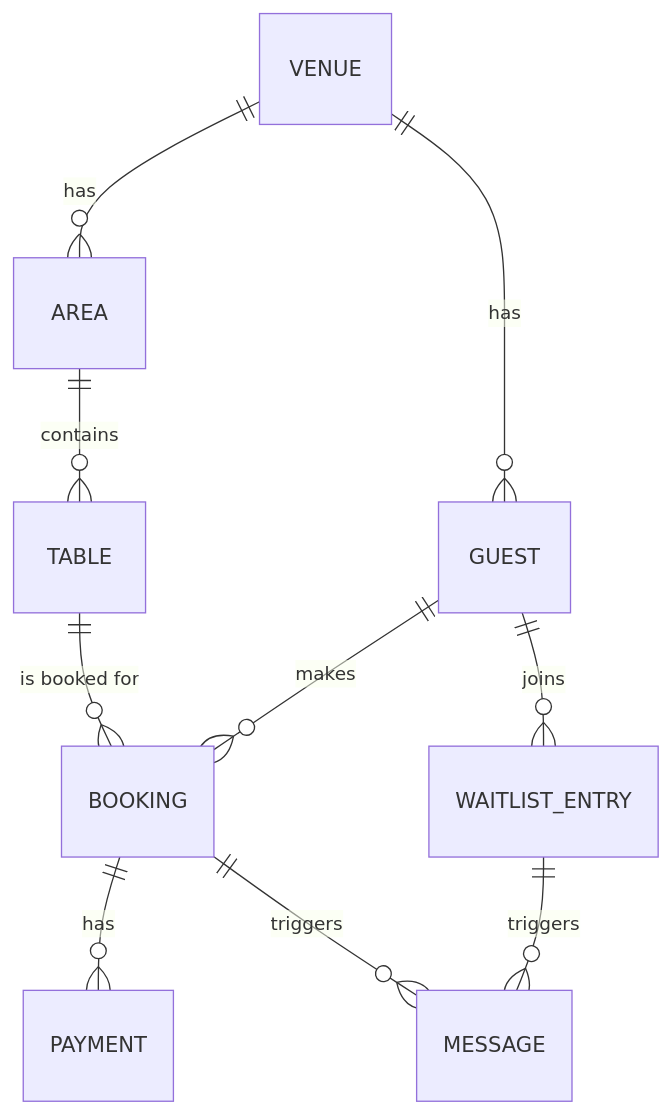
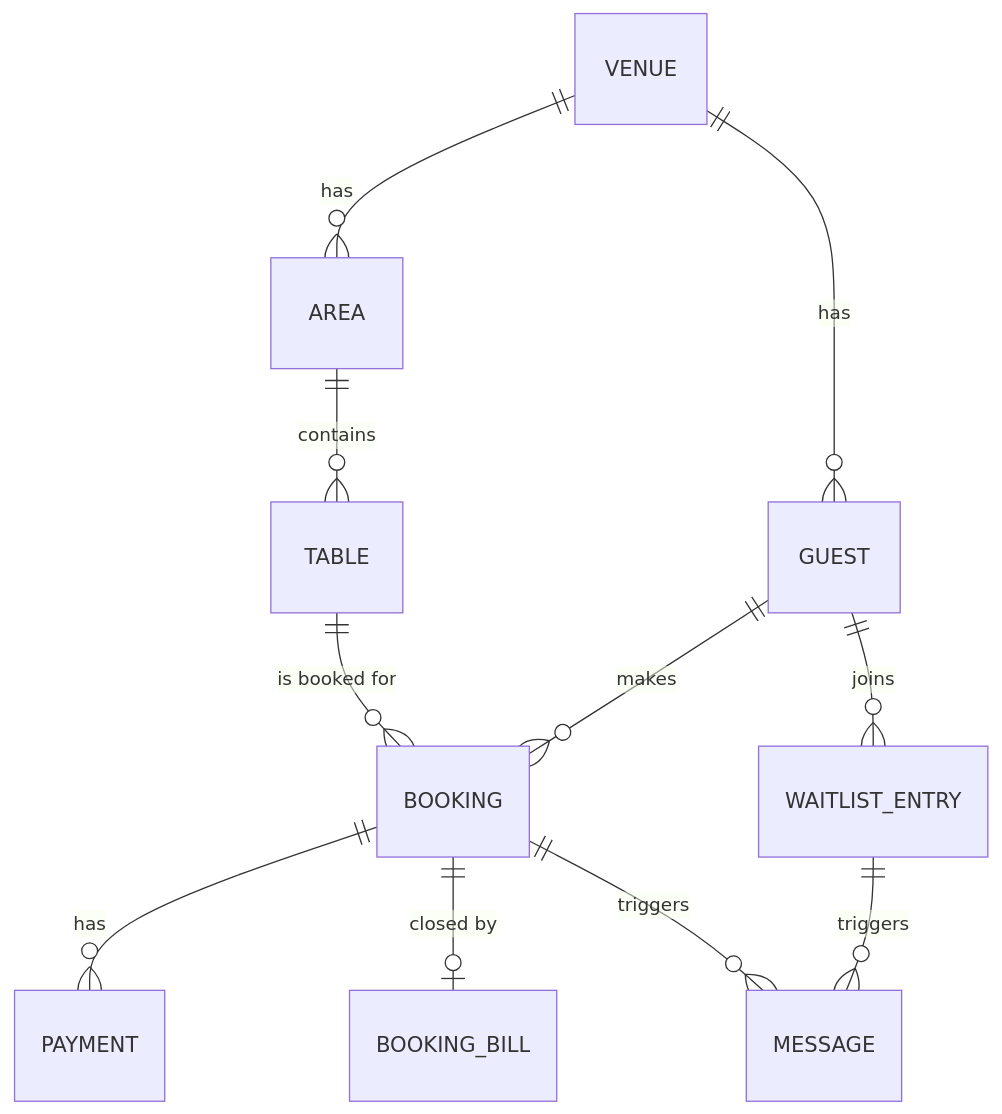
Before and after one commit to ring9834/TableReservation: the third of 6 diagrams in docs/Architecture.md, drawn with Mermaid. The commit also changed other lines of this file and 8 other files, not shown here.

````diff
--- a/docs/Architecture.md
+++ b/docs/Architecture.md
@@ -224,12 +228,13 @@
 ```mermaid
 erDiagram
     VENUE ||--o{ AREA : has
     VENUE ||--o{ GUEST : has
     AREA ||--o{ TABLE : contains
     GUEST ||--o{ BOOKING : makes
     GUEST ||--o{ WAITLIST_ENTRY : joins
     TABLE ||--o{ BOOKING : "is booked for"
     BOOKING ||--o{ PAYMENT : has
+    BOOKING ||--o| BOOKING_BILL : "closed by"
     BOOKING ||--o{ MESSAGE : triggers
     WAITLIST_ENTRY ||--o{ MESSAGE : triggers
 ```
````
